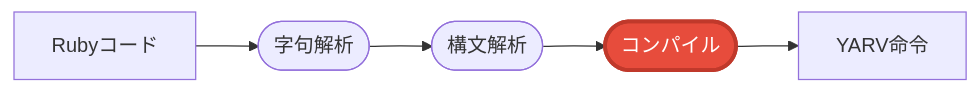
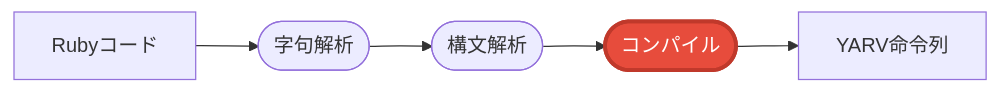
One commit to miyatis/slidev changed the first of 6 diagrams in presentations/ruby-compile/slides.md. Above: the diagram before and after it, drawn with Mermaid. The commit also changed other lines of this file, not shown here.

````diff
--- a/presentations/ruby-compile/slides.md
+++ b/presentations/ruby-compile/slides.md
@@ -32,8 +32,8 @@
 ```mermaid {scale: 0.85}
 flowchart LR
     A["Rubyコード"] --> B(["字句解析"])
     B --> C(["構文解析"])
     C --> D(["コンパイル"])
-    D --> E["YARV命令"]
+    D --> E["YARV命令列"]
     style D fill:#e74c3c,stroke:#c0392b,color:#fff,stroke-width:3px
 ```
````
